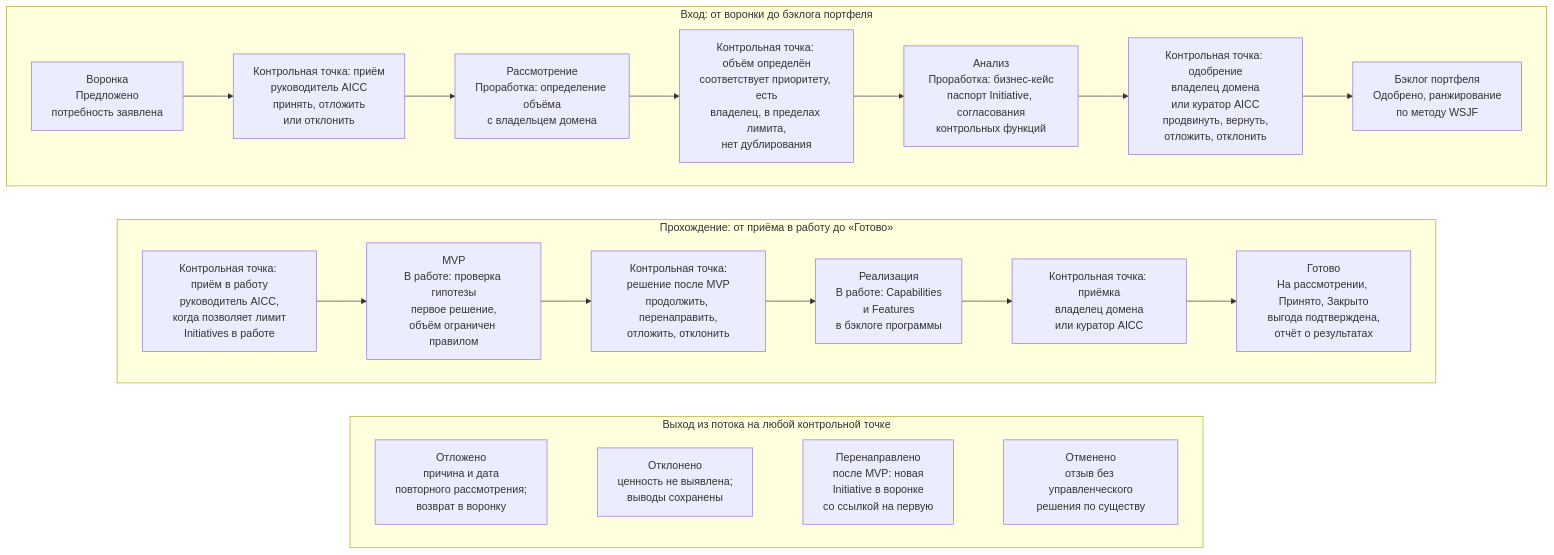
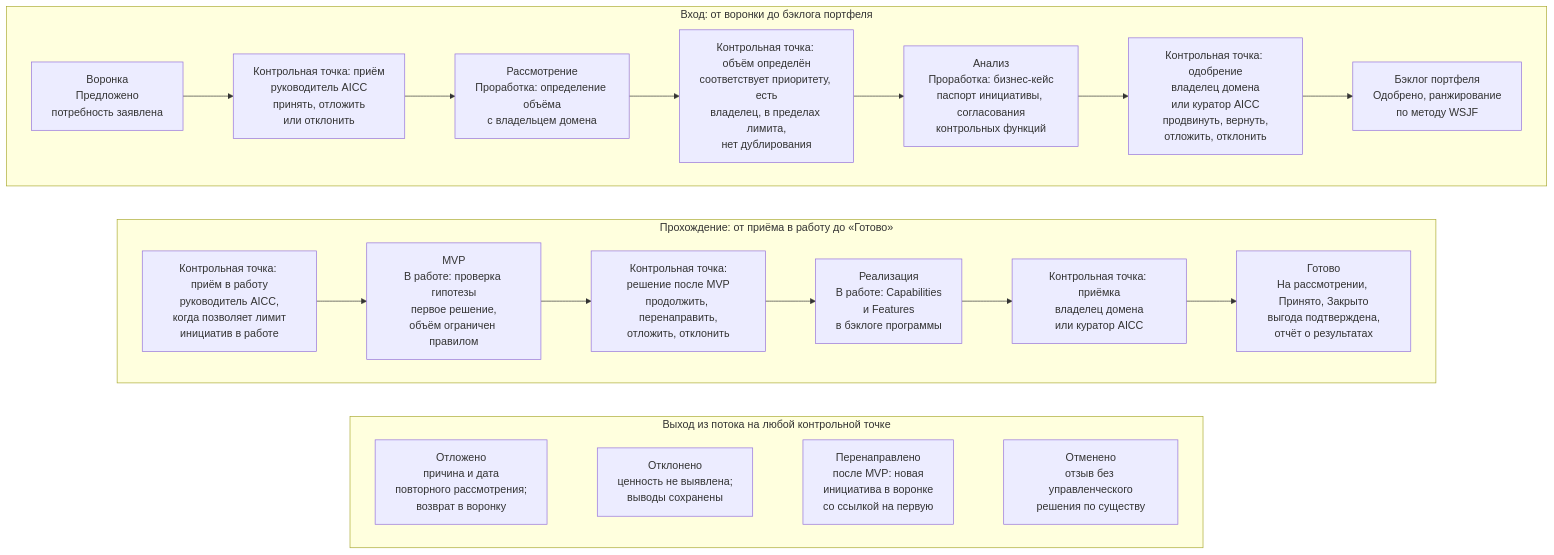
Before and after one commit to devhogu/ob-aicc: the diagram in portal/content/ru/portfolio/the-flow.md, drawn with Mermaid. The commit also changed other lines of this file and 150 other files, not shown here.

````diff
--- a/portal/content/ru/portfolio/the-flow.md
+++ b/portal/content/ru/portfolio/the-flow.md
@@ -15,26 +15,26 @@
 ```mermaid
 flowchart TB
   subgraph ROW1["Вход: от воронки до бэклога портфеля"]
     direction LR
     FU["Воронка<br/>Предложено<br/>потребность заявлена"] --> G1["Контрольная точка: приём<br/>руководитель AICC<br/>принять, отложить<br/>или отклонить"]
     G1 --> RV["Рассмотрение<br/>Проработка: определение объёма<br/>с владельцем домена"]
     RV --> G2["Контрольная точка: объём определён<br/>соответствует приоритету, есть<br/>владелец, в пределах лимита,<br/>нет дублирования"]
-    G2 --> AN["Анализ<br/>Проработка: бизнес-кейс<br/>паспорт Initiative, согласования<br/>контрольных функций"]
+    G2 --> AN["Анализ<br/>Проработка: бизнес-кейс<br/>паспорт инициативы, согласования<br/>контрольных функций"]
     AN --> G3["Контрольная точка: одобрение<br/>владелец домена<br/>или куратор AICC<br/>продвинуть, вернуть,<br/>отложить, отклонить"]
     G3 --> PB["Бэклог портфеля<br/>Одобрено, ранжирование<br/>по методу WSJF"]
   end
   subgraph ROW2["Прохождение: от приёма в работу до «Готово»"]
     direction LR
-    G4["Контрольная точка: приём в работу<br/>руководитель AICC,<br/>когда позволяет лимит<br/>Initiatives в работе"] --> MV["MVP<br/>В работе: проверка гипотезы<br/>первое решение,<br/>объём ограничен правилом"]
+    G4["Контрольная точка: приём в работу<br/>руководитель AICC,<br/>когда позволяет лимит<br/>инициатив в работе"] --> MV["MVP<br/>В работе: проверка гипотезы<br/>первое решение,<br/>объём ограничен правилом"]
     MV --> G5["Контрольная точка:<br/>решение после MVP<br/>продолжить, перенаправить,<br/>отложить, отклонить"]
     G5 --> IM["Реализация<br/>В работе: Capabilities<br/>и Features<br/>в бэклоге программы"]
     IM --> G6["Контрольная точка: приёмка<br/>владелец домена<br/>или куратор AICC"]
     G6 --> DN["Готово<br/>На рассмотрении, Принято, Закрыто<br/>выгода подтверждена,<br/>отчёт о результатах"]
   end
   subgraph ROW3["Выход из потока на любой контрольной точке"]
     direction LR
-    DF["Отложено<br/>причина и дата<br/>повторного рассмотрения;<br/>возврат в воронку"] ~~~ RJ["Отклонено<br/>ценность не выявлена;<br/>выводы сохранены"] ~~~ PV["Перенаправлено<br/>после MVP: новая<br/>Initiative в воронке<br/>со ссылкой на первую"] ~~~ CN["Отменено<br/>отзыв без управленческого<br/>решения по существу"]
+    DF["Отложено<br/>причина и дата<br/>повторного рассмотрения;<br/>возврат в воронку"] ~~~ RJ["Отклонено<br/>ценность не выявлена;<br/>выводы сохранены"] ~~~ PV["Перенаправлено<br/>после MVP: новая<br/>инициатива в воронке<br/>со ссылкой на первую"] ~~~ CN["Отменено<br/>отзыв без управленческого<br/>решения по существу"]
   end
   ROW1 ~~~ ROW2
   ROW2 ~~~ ROW3
 ```
````
